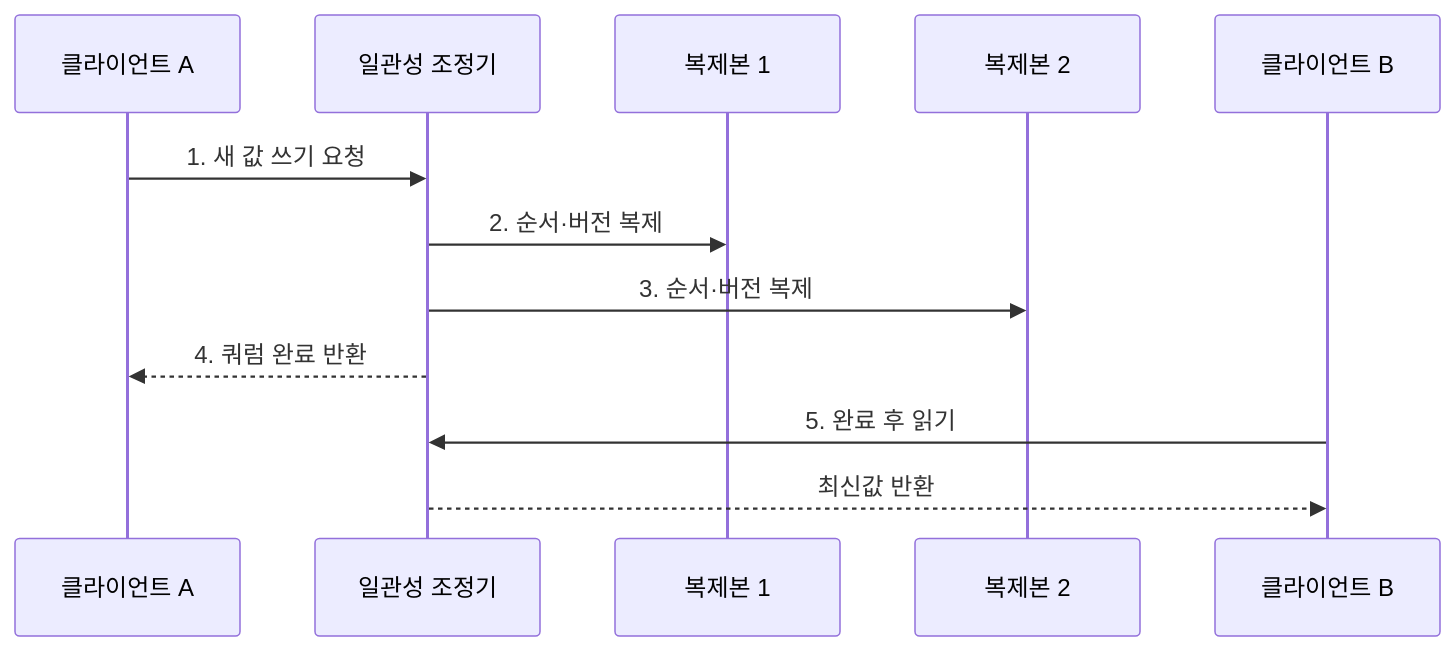
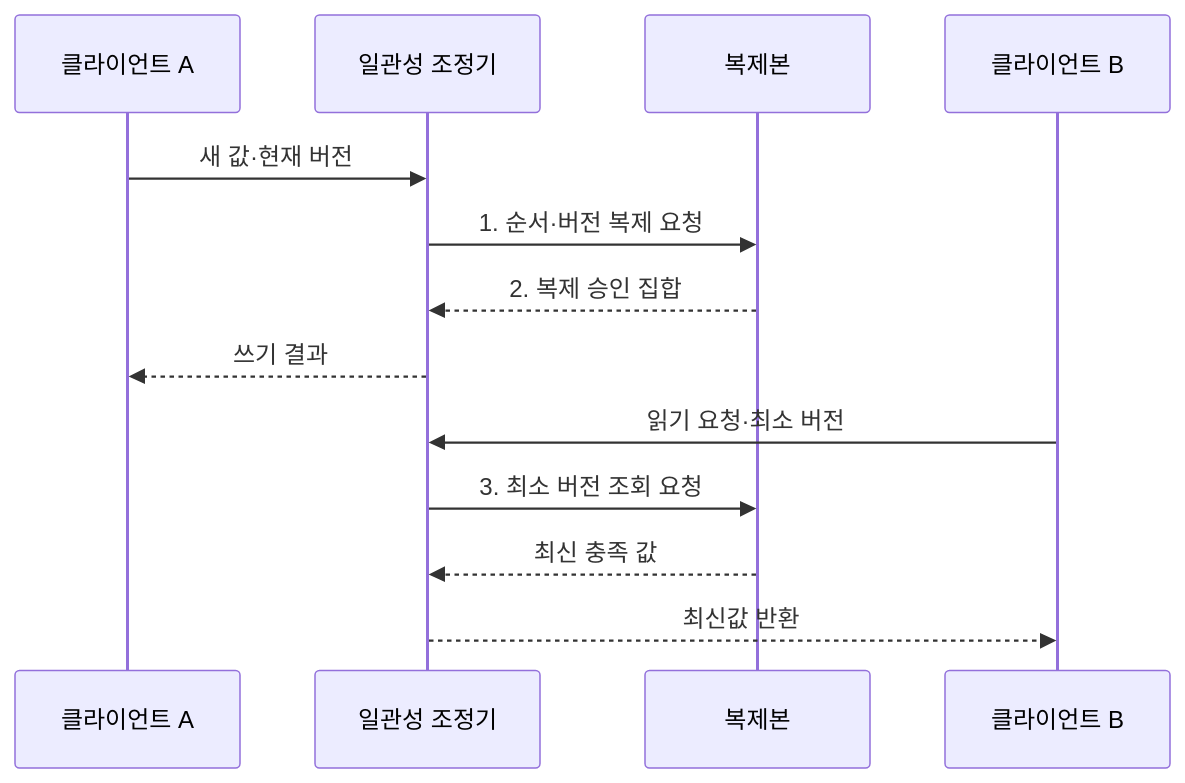
One commit to agnusdei1207/knowledge-base changed the second of 2 diagrams in src/content/docs/notes/03-software/176_distributed_consistency_models.md. Above: the diagram before and after it, drawn with Mermaid. The commit also changed other lines of this file and 20 other files, not shown here.

````diff
--- a/src/content/docs/notes/03-software/176_distributed_consistency_models.md
+++ b/src/content/docs/notes/03-software/176_distributed_consistency_models.md
@@ -83,14 +86,15 @@
 ```mermaid
 sequenceDiagram
     participant A as 클라이언트 A
     participant C as 일관성 조정기
-    participant R1 as 복제본 1
-    participant R2 as 복제본 2
+    participant R as 복제본
     participant B as 클라이언트 B
-    A->>C: 1. 새 값 쓰기 요청
-    C->>R1: 2. 순서·버전 복제
-    C->>R2: 3. 순서·버전 복제
-    C-->>A: 4. 쿼럼 완료 반환
-    B->>C: 5. 완료 후 읽기
+    A->>C: 새 값·현재 버전
+    C->>R: 1. 순서·버전 복제 요청
+    R-->>C: 2. 복제 승인 집합
+    C-->>A: 쓰기 결과
+    B->>C: 읽기 요청·최소 버전
+    C->>R: 3. 최소 버전 조회 요청
+    R-->>C: 최신 충족 값
     C-->>B: 최신값 반환
 ```
````
